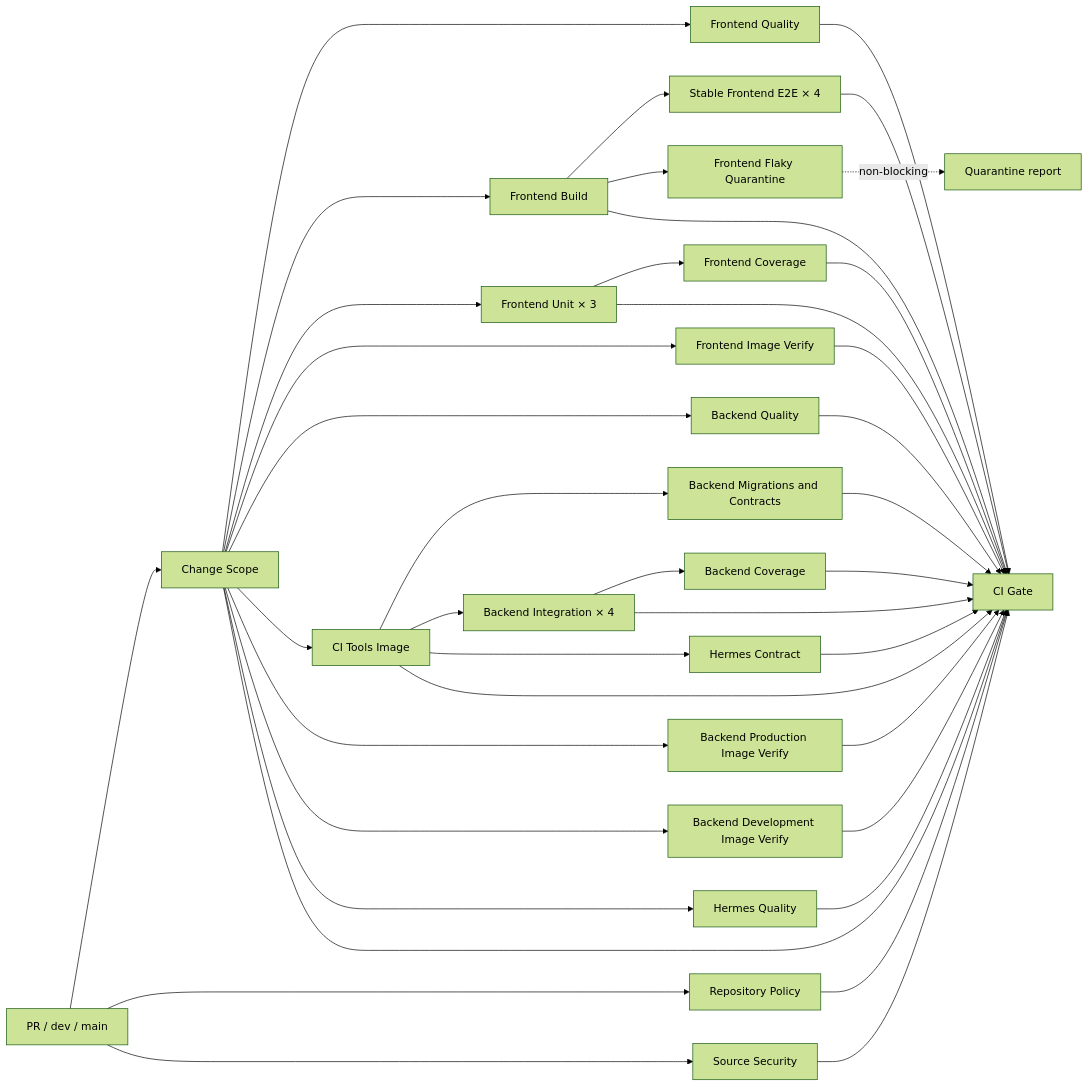
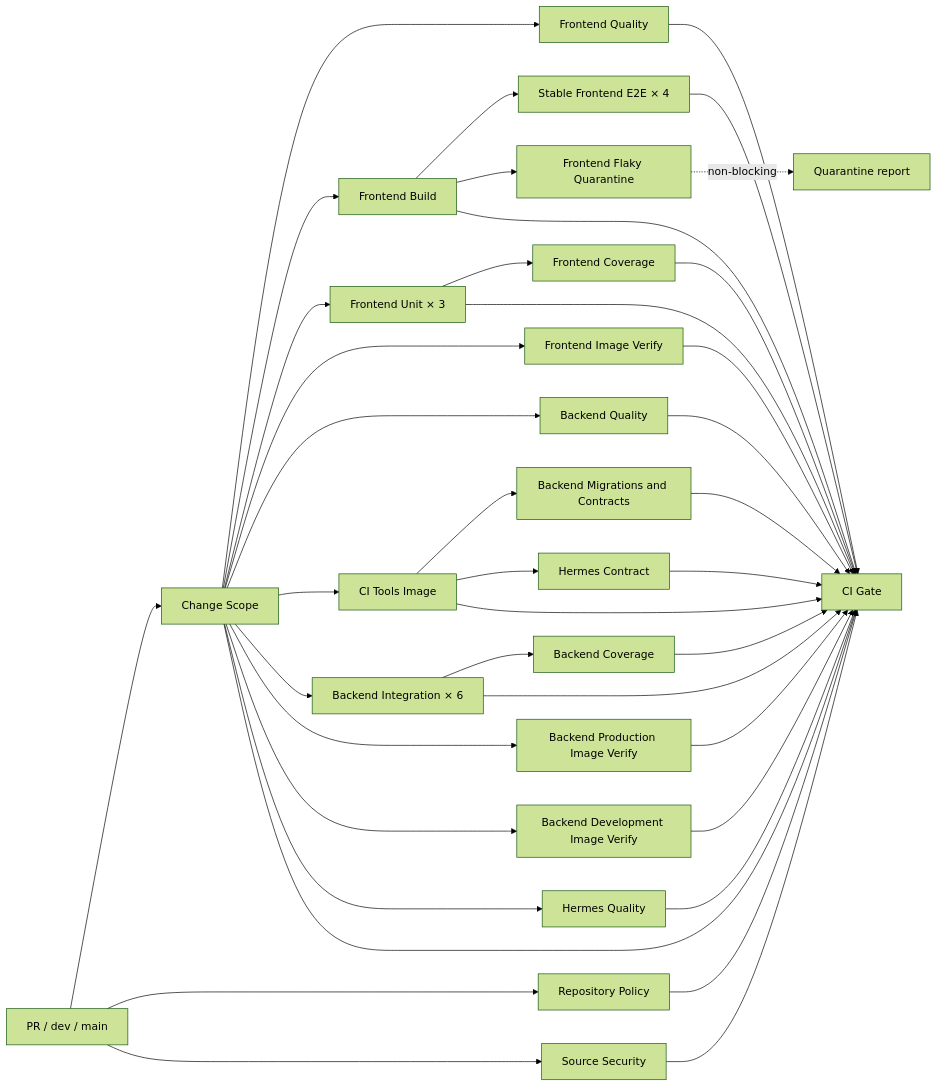
The diagram in .github/CI.md (Livzon-DS-Sector-AI-Innovation/Livzon-NX), drawn with Mermaid (forest theme) before and after one commit. The commit also changed other lines of this file and 5 other files, not shown here.

````diff
--- a/.github/CI.md
+++ b/.github/CI.md
@@ -9,41 +9,41 @@
 ```mermaid
 flowchart LR
   trigger["PR / dev / main"] --> scope["Change Scope"]
   trigger --> policy["Repository Policy"]
   trigger --> security["Source Security"]
   scope --> frontend["Frontend Quality"]
   scope --> frontendBuild["Frontend Build"]
   scope --> unit["Frontend Unit × 3"]
   unit --> coverage["Frontend Coverage"]
   scope --> frontendImage["Frontend Image Verify"]
   frontendBuild --> e2e["Stable Frontend E2E × 4"]
   frontendBuild --> flaky["Frontend Flaky Quarantine"]
   scope --> backend["Backend Quality"]
   scope --> tools["CI Tools Image"]
   tools --> backendMigrations["Backend Migrations and Contracts"]
-  tools --> integration["Backend Integration × 4"]
+  scope --> integration["Backend Integration × 6"]
   integration --> backendCoverage["Backend Coverage"]
   scope --> prodImage["Backend Production Image Verify"]
   scope --> devImage["Backend Development Image Verify"]
   scope --> hermes["Hermes Quality"]
   tools --> contract["Hermes Contract"]
   scope --> gate["CI Gate"]
   policy --> gate
   security --> gate
   frontend --> gate
   frontendBuild --> gate
   unit --> gate
   coverage --> gate
   frontendImage --> gate
   e2e --> gate
   backend --> gate
   tools --> gate
   backendMigrations --> gate
   integration --> gate
   backendCoverage --> gate
   prodImage --> gate
   devImage --> gate
   hermes --> gate
   contract --> gate
   flaky -. non-blocking .-> report["Quarantine report"]
 ```
````
